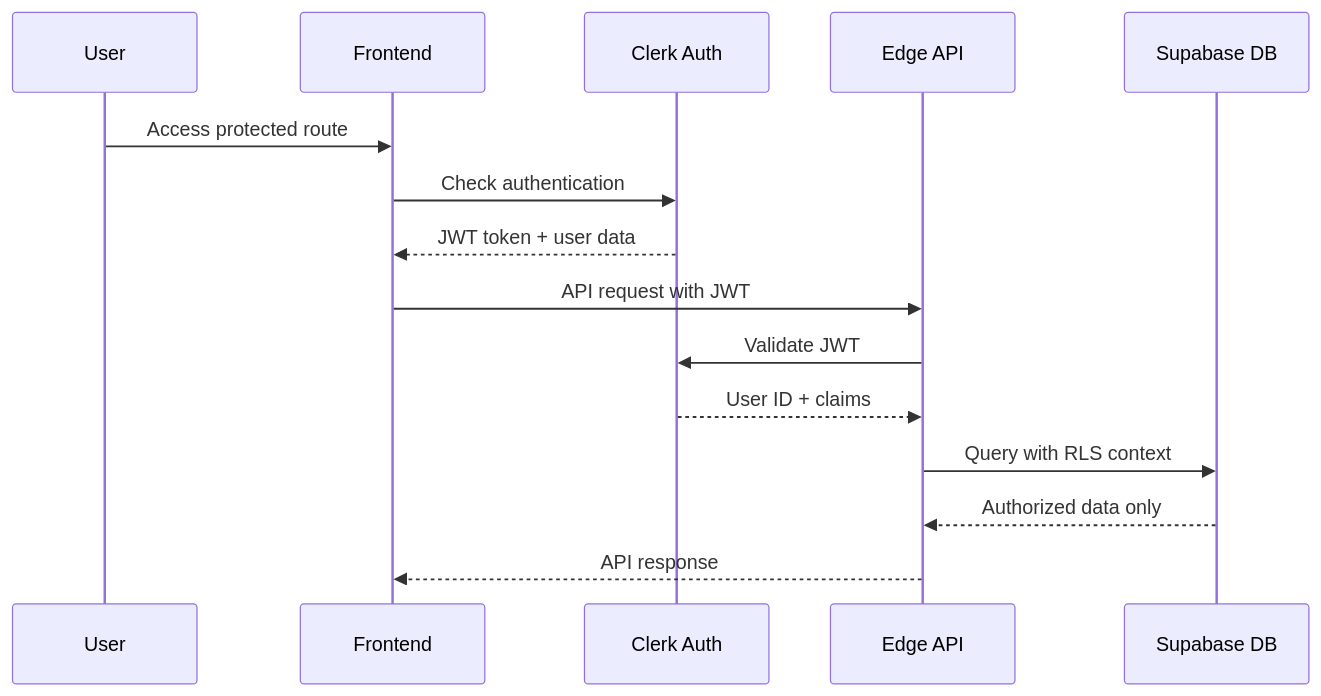
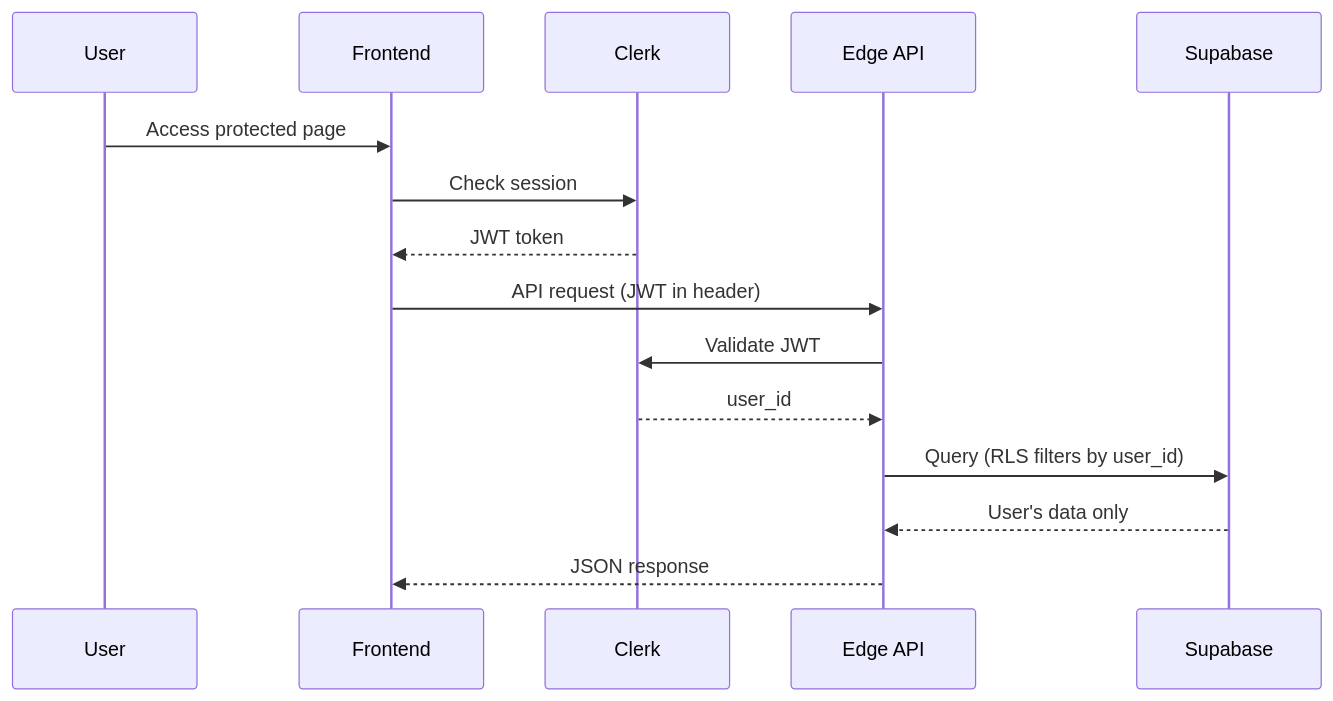
One commit to app-meetsolis/meetsolis changed the second of 2 diagrams in docs/architecture/backend-architecture.md. Above: the diagram before and after it, drawn with Mermaid. The commit also changed other lines of this file and 89 other files, not shown here.

First line of the commit message:
Story 2.1: Client CRUD & Database Schema (Production Ready) (#29)

````diff
--- a/docs/architecture/backend-architecture.md
+++ b/docs/architecture/backend-architecture.md
@@ -110,21 +327,21 @@
 ```mermaid
 sequenceDiagram
     participant User
     participant Frontend
-    participant ClerkAuth as Clerk Auth
+    participant Clerk
     participant EdgeAPI as Edge API
-    participant Supabase as Supabase DB
+    participant Supabase
 
-    User->>Frontend: Access protected route
-    Frontend->>ClerkAuth: Check authentication
-    ClerkAuth-->>Frontend: JWT token + user data
+    User->>Frontend: Access protected page
+    Frontend->>Clerk: Check session
+    Clerk-->>Frontend: JWT token
 
-    Frontend->>EdgeAPI: API request with JWT
-    EdgeAPI->>ClerkAuth: Validate JWT
-    ClerkAuth-->>EdgeAPI: User ID + claims
+    Frontend->>EdgeAPI: API request (JWT in header)
+    EdgeAPI->>Clerk: Validate JWT
+    Clerk-->>EdgeAPI: user_id
 
-    EdgeAPI->>Supabase: Query with RLS context
-    Supabase-->>EdgeAPI: Authorized data only
+    EdgeAPI->>Supabase: Query (RLS filters by user_id)
+    Supabase-->>EdgeAPI: User's data only
 
-    EdgeAPI-->>Frontend: API response
+    EdgeAPI-->>Frontend: JSON response
 ```
````
